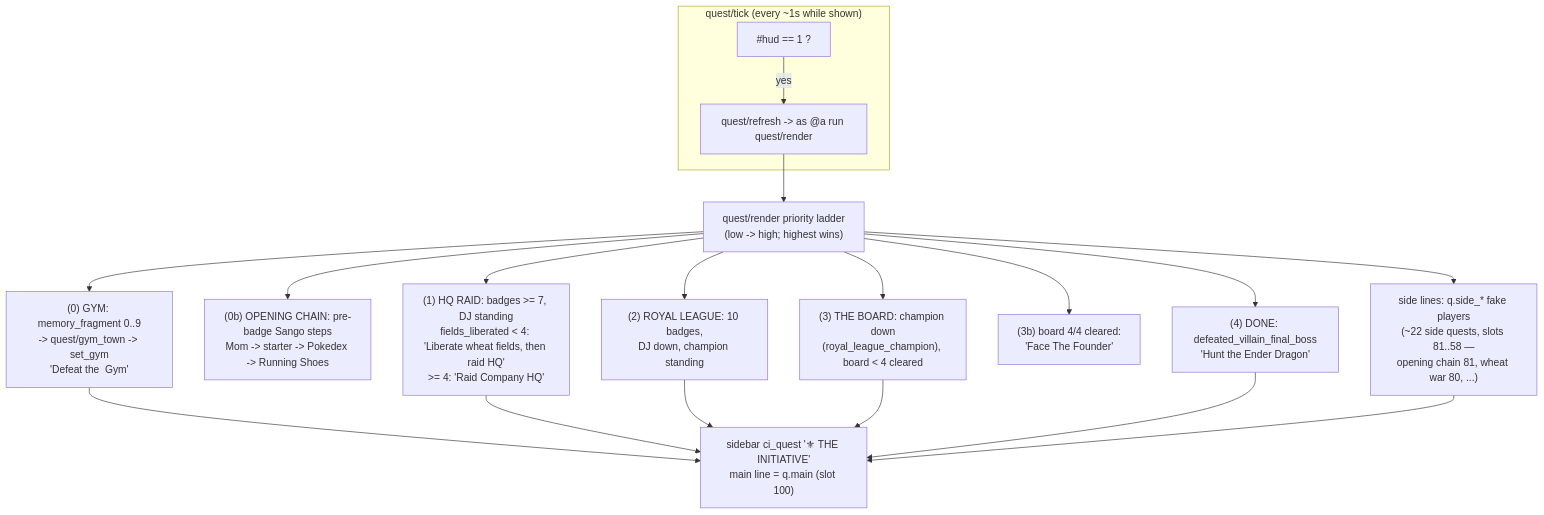
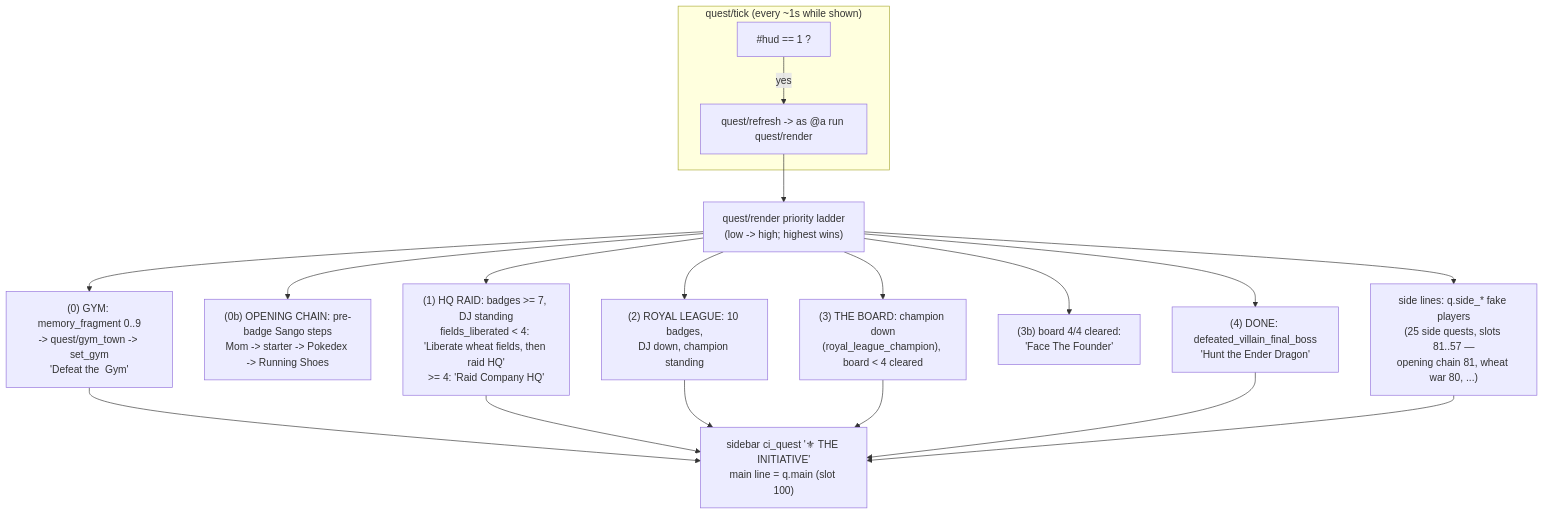
Before and after one commit to The-Company-Inc-Nerds/the-cobblemon-initiative: the seventh of 10 diagrams in wiki/Architecture-Data-Flows.md, drawn with Mermaid. The commit also changed other lines of this file and 456 other files, not shown here.

````diff
--- a/wiki/Architecture-Data-Flows.md
+++ b/wiki/Architecture-Data-Flows.md
@@ -211,21 +229,21 @@
 ```mermaid
 flowchart TD
   subgraph Loop["quest/tick (every ~1s while shown)"]
     TK["#hud == 1 ?"] -->|yes| RF["quest/refresh -> as @a run quest/render"]
   end
   RF --> R0["quest/render priority ladder<br/>(low -> high; highest wins)"]
   R0 --> P0["(0) GYM: memory_fragment 0..9<br/>-> quest/gym_town -> set_gym<br/>'Defeat the <Town> Gym'"]
   R0 --> P0b["(0b) OPENING CHAIN: pre-badge Sango steps<br/>Mom -> starter -> Pokedex -> Running Shoes"]
   R0 --> P1["(1) HQ RAID: badges >= 7, DJ standing<br/>fields_liberated < 4: 'Liberate wheat fields, then raid HQ'<br/>>= 4: 'Raid Company HQ'"]
   R0 --> P2["(2) ROYAL LEAGUE: 10 badges,<br/>DJ down, champion standing"]
   R0 --> P3["(3) THE BOARD: champion down<br/>(royal_league_champion), board < 4 cleared"]
   R0 --> P3b["(3b) board 4/4 cleared:<br/>'Face The Founder'"]
   R0 --> P4["(4) DONE: defeated_villain_final_boss<br/>'Hunt the Ender Dragon'"]
-  R0 --> S["side lines: q.side_* fake players<br/>(~22 side quests, slots 81..58 —<br/>opening chain 81, wheat war 80, ...)"]
+  R0 --> S["side lines: q.side_* fake players<br/>(25 side quests, slots 81..57 —<br/>opening chain 81, wheat war 80, ...)"]
   P0 --> OUT["sidebar ci_quest '⚜ THE INITIATIVE'<br/>main line = q.main (slot 100)"]
   P1 --> OUT
   P2 --> OUT
   P3 --> OUT
   P4 --> OUT
   S --> OUT
 ```
````
